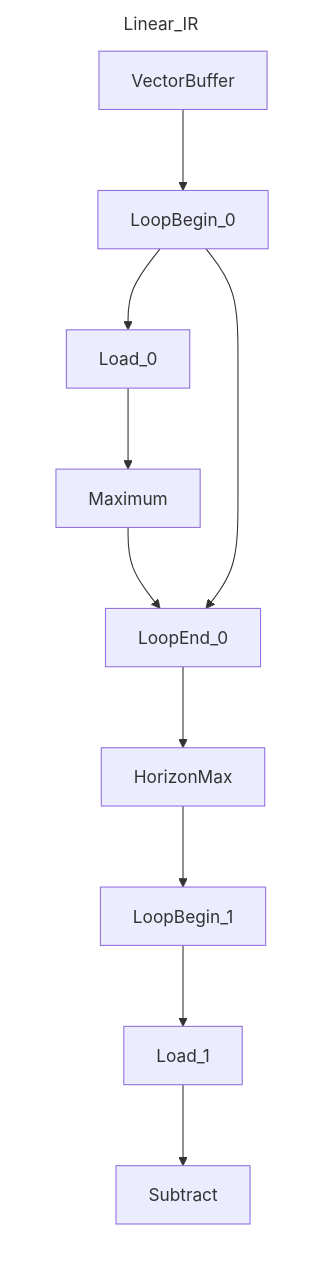
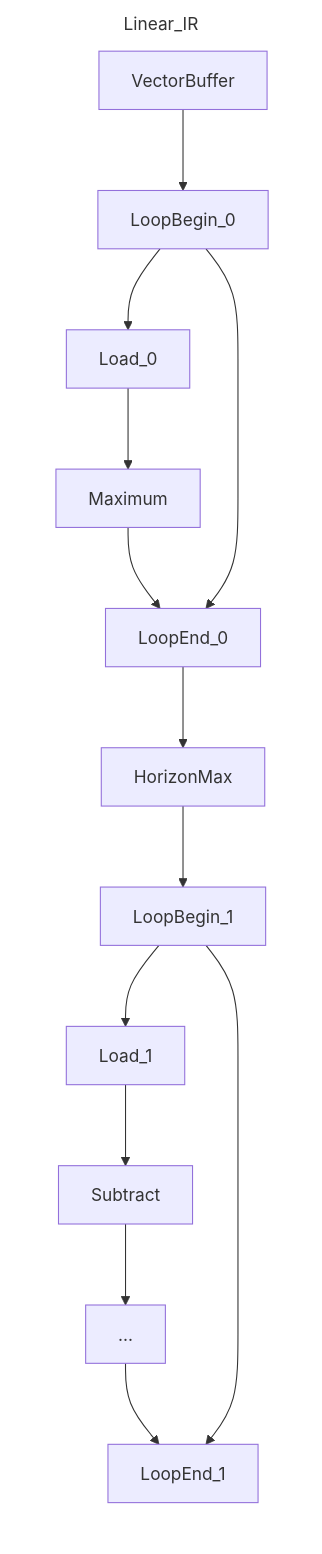
Before and after one commit to openvinotoolkit/openvino: diagram 13 of 15 in src/common/snippets/docs/snippets_design_guide.md, drawn with Mermaid. The commit also changed other lines of this file, not shown here.

````diff
--- a/src/common/snippets/docs/snippets_design_guide.md
+++ b/src/common/snippets/docs/snippets_design_guide.md
@@ -540,29 +545,34 @@
 ```mermaid
 flowchart LR
    subgraph Linear_IR
       direction TB 
       LoopBegin_0
       LoopEnd_0
       LoopBegin_1
+      LoopEnd_1
       VectorBuffer
       Load_0
       Maximum
       HorizonMax
       Load_1
       Subtract
+      ...
 
       VectorBuffer-->LoopBegin_0
       LoopBegin_0-->Load_0 
       Load_0-->Maximum 
       Maximum-->LoopEnd_0
       LoopEnd_0-->HorizonMax
       LoopBegin_0-->LoopEnd_0
       HorizonMax-->LoopBegin_1
       LoopBegin_1-->Load_1
       Load_1-->Subtract
+      Subtract-->...
+      ... -->LoopEnd_1
+      LoopBegin_1-->LoopEnd_1
    end
    Linear_IR
    classDef no-bg-color fill:none,stroke-width:0px
    classDef no-bg fill:none,stroke:#9370DB
    class Linear_IR no-bg-color
 ```
````
